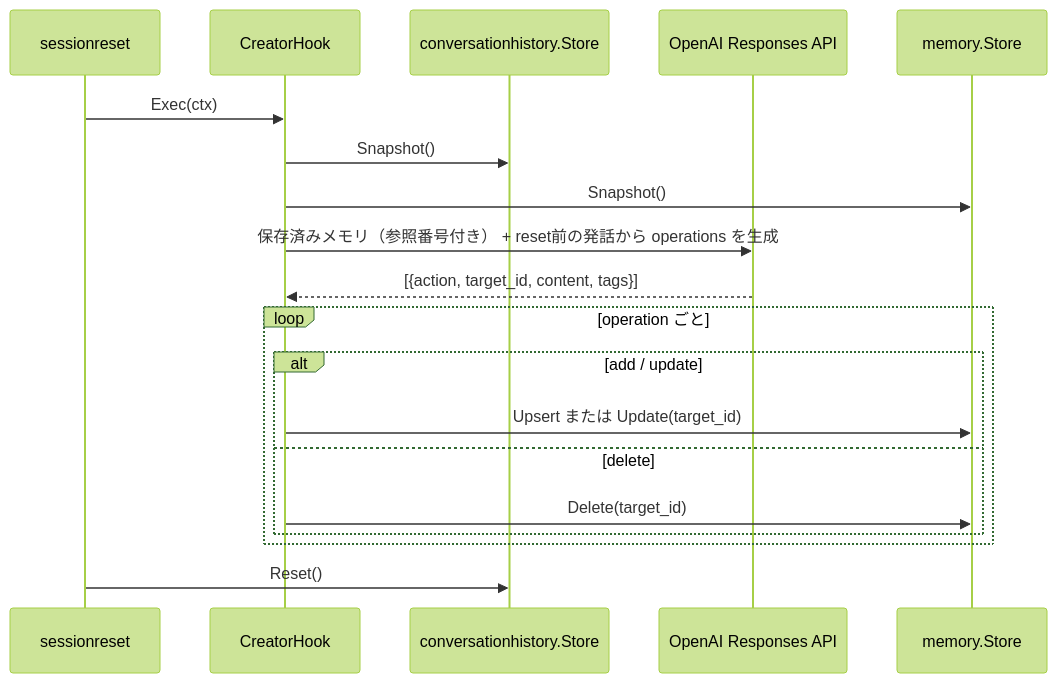
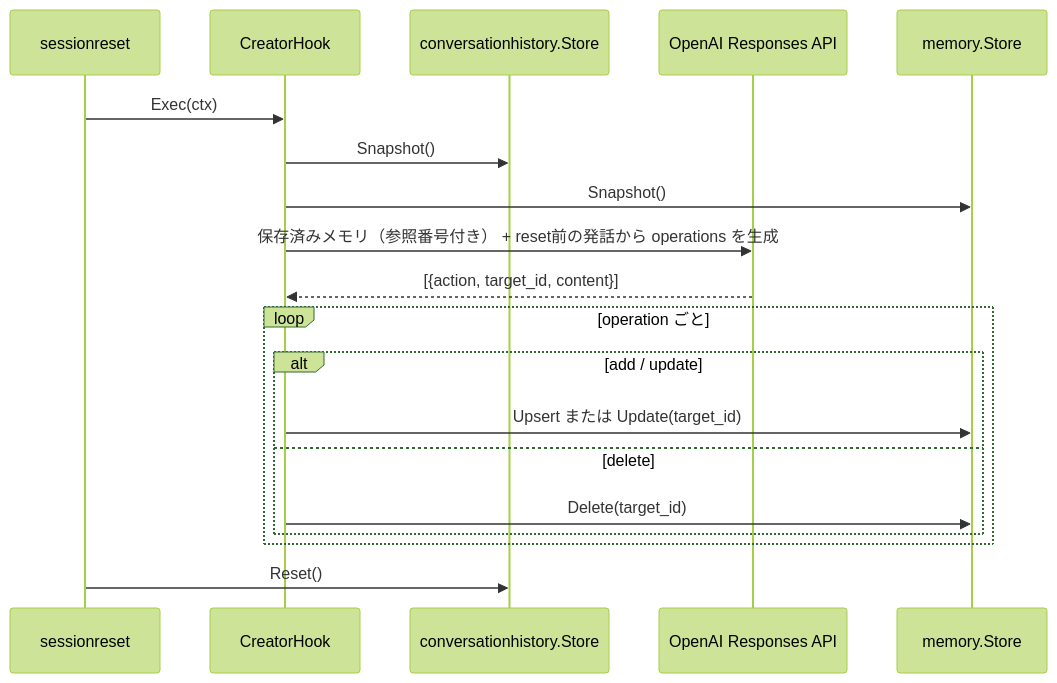
Before and after one commit to tetetratra/smart-speaker: the first of 3 diagrams in docs/hooks/memory.md, drawn with Mermaid (forest theme). The commit also changed other lines of this file and 20 other files, not shown here.

````diff
--- a/docs/hooks/memory.md
+++ b/docs/hooks/memory.md
@@ -81,22 +78,22 @@
 ```mermaid
 sequenceDiagram
     participant SR as sessionreset
     participant Hook as CreatorHook
     participant Hist as conversationhistory.Store
     participant OpenAI as OpenAI Responses API
     participant Store as memory.Store
 
     SR->>Hook: Exec(ctx)
     Hook->>Hist: Snapshot()
     Hook->>Store: Snapshot()
     Hook->>OpenAI: 保存済みメモリ（参照番号付き） + reset前の発話から operations を生成
-    OpenAI-->>Hook: [{action, target_id, content, tags}]
+    OpenAI-->>Hook: [{action, target_id, content}]
     loop operation ごと
         alt add / update
             Hook->>Store: Upsert または Update(target_id)
         else delete
             Hook->>Store: Delete(target_id)
         end
     end
     SR->>Hist: Reset()
 ```
````
